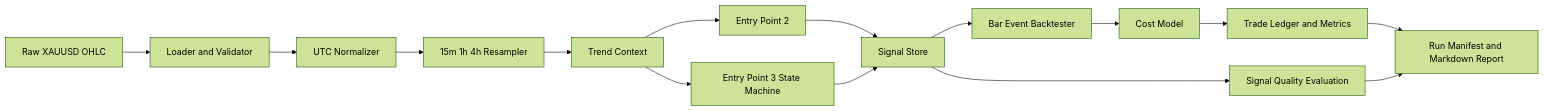
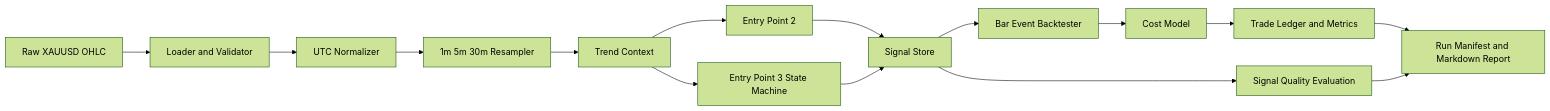
The first of 2 diagrams in docs/plans/xauusd-multitimeframe-research-system-plan.md (MillionDreamQAQ/my_trading_system), drawn with Mermaid (forest theme) before and after one commit. The commit also changed other lines of this file and 21 other files, not shown here.

````diff
--- a/docs/plans/xauusd-multitimeframe-research-system-plan.md
+++ b/docs/plans/xauusd-multitimeframe-research-system-plan.md
@@ -225,17 +225,17 @@
 ```mermaid
 flowchart LR
   A[Raw XAUUSD OHLC] --> B[Loader and Validator]
   B --> C[UTC Normalizer]
-  C --> D[15m 1h 4h Resampler]
+  C --> D[1m 5m 30m Resampler]
   D --> E[Trend Context]
   E --> F[Entry Point 2]
   E --> G[Entry Point 3 State Machine]
   F --> H[Signal Store]
   G --> H
   H --> I[Bar Event Backtester]
   I --> J[Cost Model]
   J --> K[Trade Ledger and Metrics]
   H --> L[Signal Quality Evaluation]
   K --> M[Run Manifest and Markdown Report]
   L --> M
 ```
````
